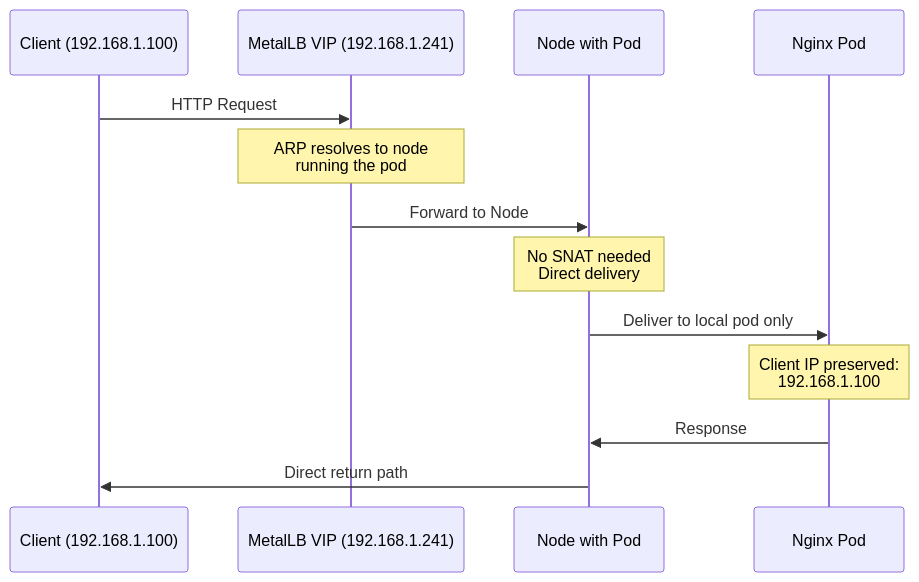
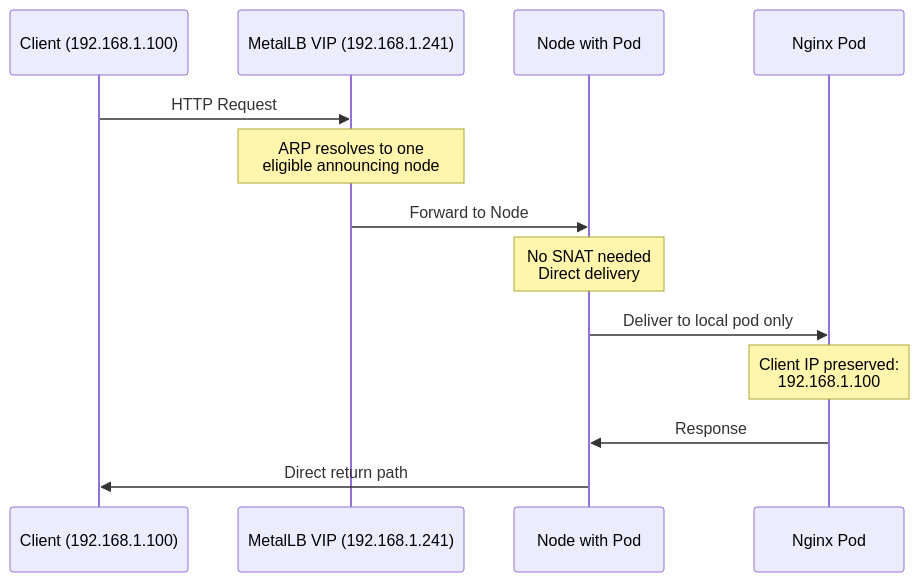
Before and after one commit to OneUptime/blog: the second of 2 diagrams in posts/2026-01-07-metallb-external-traffic-policy-local/README.md, drawn with Mermaid. The commit also changed other lines of this file and 2 other files, not shown here.

````diff
--- a/posts/2026-01-07-metallb-external-traffic-policy-local/README.md
+++ b/posts/2026-01-07-metallb-external-traffic-policy-local/README.md
@@ -212,16 +208,16 @@
 ```mermaid
 sequenceDiagram
     participant Client as Client (192.168.1.100)
     participant MetalLB as MetalLB VIP (192.168.1.241)
     participant Node as Node with Pod
     participant Pod as Nginx Pod
 
     Client->>MetalLB: HTTP Request
-    Note over MetalLB: ARP resolves to node<br/>running the pod
+    Note over MetalLB: ARP resolves to one<br/>eligible announcing node
     MetalLB->>Node: Forward to Node
     Note over Node: No SNAT needed<br/>Direct delivery
     Node->>Pod: Deliver to local pod only
     Note over Pod: Client IP preserved:<br/>192.168.1.100
     Pod->>Node: Response
     Node->>Client: Direct return path
 ```
````
